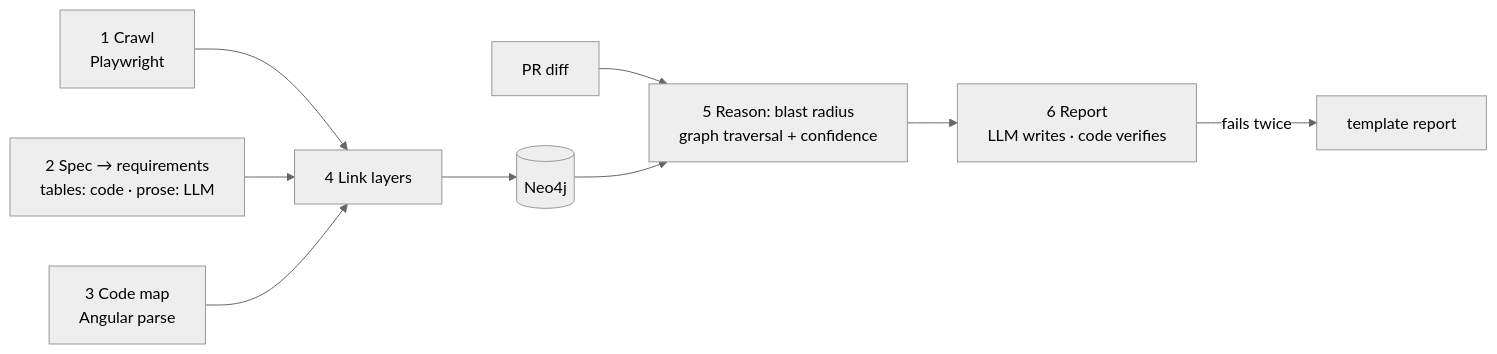
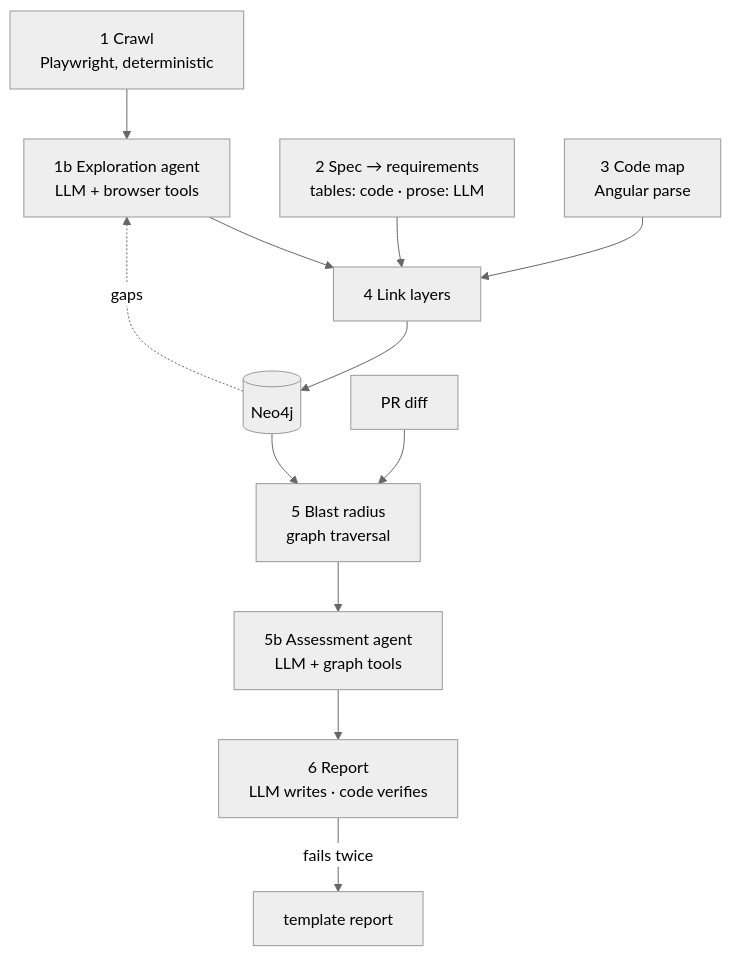
The first of 2 diagrams in docs/design.md (nekender/blast-radius-agent), drawn with Mermaid (neutral theme) before and after one commit. The commit also changed other lines of this file and 26 other files, not shown here.

Commit message:
Exploration agent (guarded writes, verified cleanup) and assessment agent (grounded, bounded re-ranking); evals for both; design doc reframed

````diff
--- a/docs/design.md
+++ b/docs/design.md
@@ -43,11 +43,14 @@
 ```mermaid
-flowchart LR
-  A[1 Crawl<br/>Playwright] --> D[4 Link layers]
+flowchart TB
+  A[1 Crawl<br/>Playwright, deterministic] --> X[1b Exploration agent<br/>LLM + browser tools]
+  X --> D[4 Link layers]
   B[2 Spec → requirements<br/>tables: code · prose: LLM] --> D
   C[3 Code map<br/>Angular parse] --> D
   D --> G[(Neo4j)]
-  P[PR diff] --> E[5 Reason: blast radius<br/>graph traversal + confidence]
+  G -. gaps .-> X
+  P[PR diff] --> E[5 Blast radius<br/>graph traversal]
   G --> E
-  E --> F[6 Report<br/>LLM writes · code verifies]
+  E --> Q[5b Assessment agent<br/>LLM + graph tools]
+  Q --> F[6 Report<br/>LLM writes · code verifies]
   F -- fails twice --> T[template report]
 ```
````
